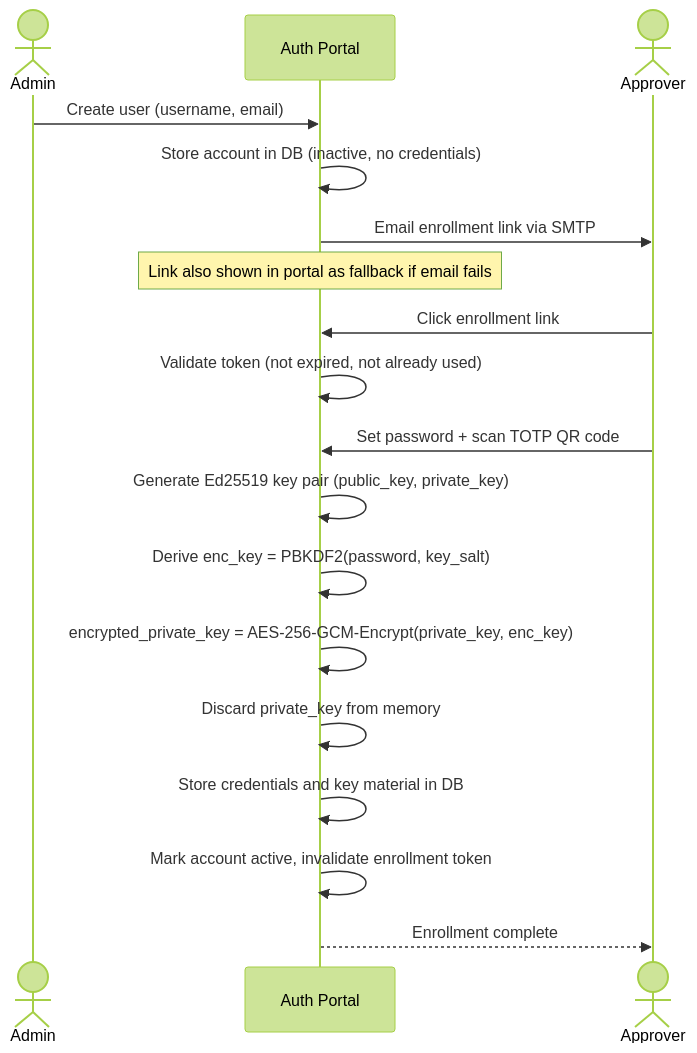
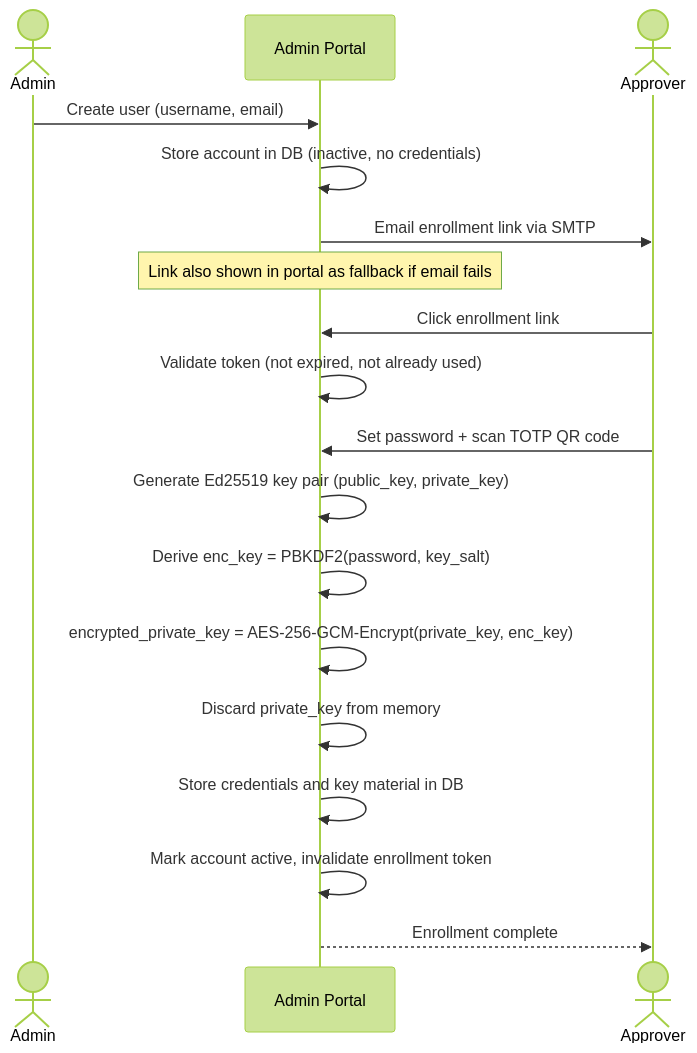
One commit to Ian-Costa18/Cybersecurity-Practicum changed the diagram in docs/account-management.md. Above: the diagram before and after it, drawn with Mermaid (forest theme). The commit also changed other lines of this file and 3 other files, not shown here.

````diff
--- a/docs/account-management.md
+++ b/docs/account-management.md
@@ -64,21 +91,21 @@
 ```mermaid
 sequenceDiagram
     actor Admin
-    participant Portal as Auth Portal
+    participant Portal as Admin Portal
     actor Approver
 
     Admin->>Portal: Create user (username, email)
     Portal->>Portal: Store account in DB (inactive, no credentials)
     Portal->>Approver: Email enrollment link via SMTP
     Note over Portal: Link also shown in portal as fallback if email fails
     Approver->>Portal: Click enrollment link
     Portal->>Portal: Validate token (not expired, not already used)
     Approver->>Portal: Set password + scan TOTP QR code
     Portal->>Portal: Generate Ed25519 key pair (public_key, private_key)
     Portal->>Portal: Derive enc_key = PBKDF2(password, key_salt)
     Portal->>Portal: encrypted_private_key = AES-256-GCM-Encrypt(private_key, enc_key)
     Portal->>Portal: Discard private_key from memory
     Portal->>Portal: Store credentials and key material in DB
     Portal->>Portal: Mark account active, invalidate enrollment token
     Portal-->>Approver: Enrollment complete
 ```
````
